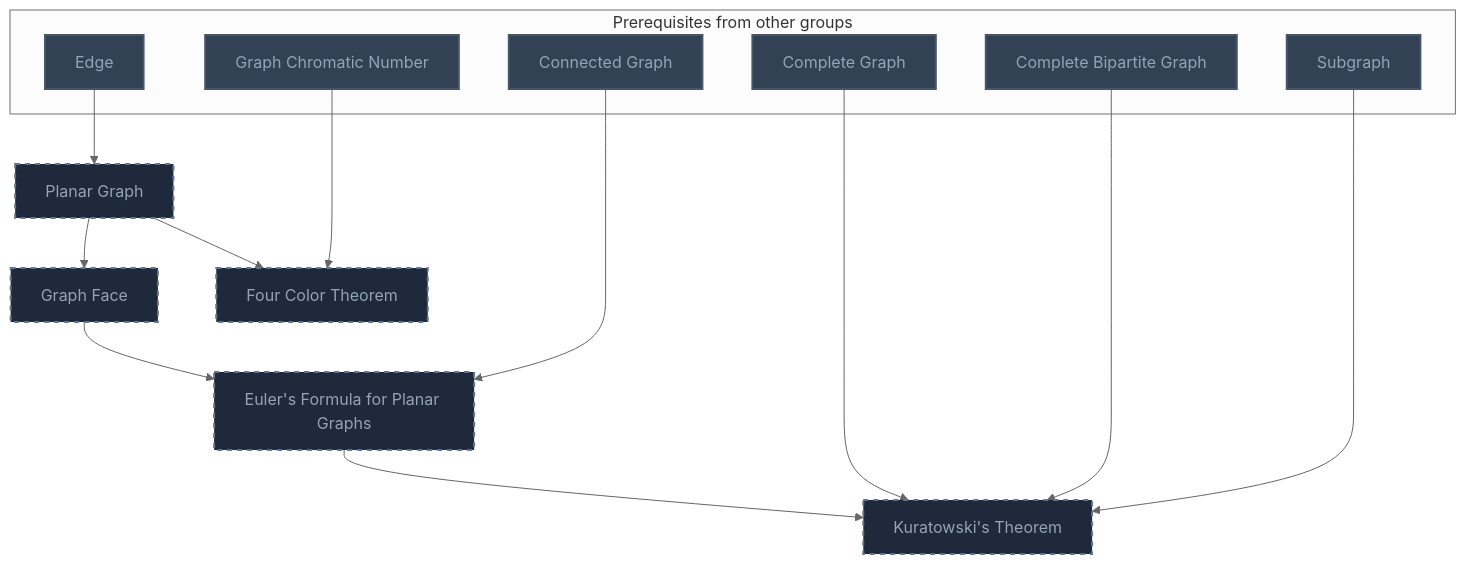
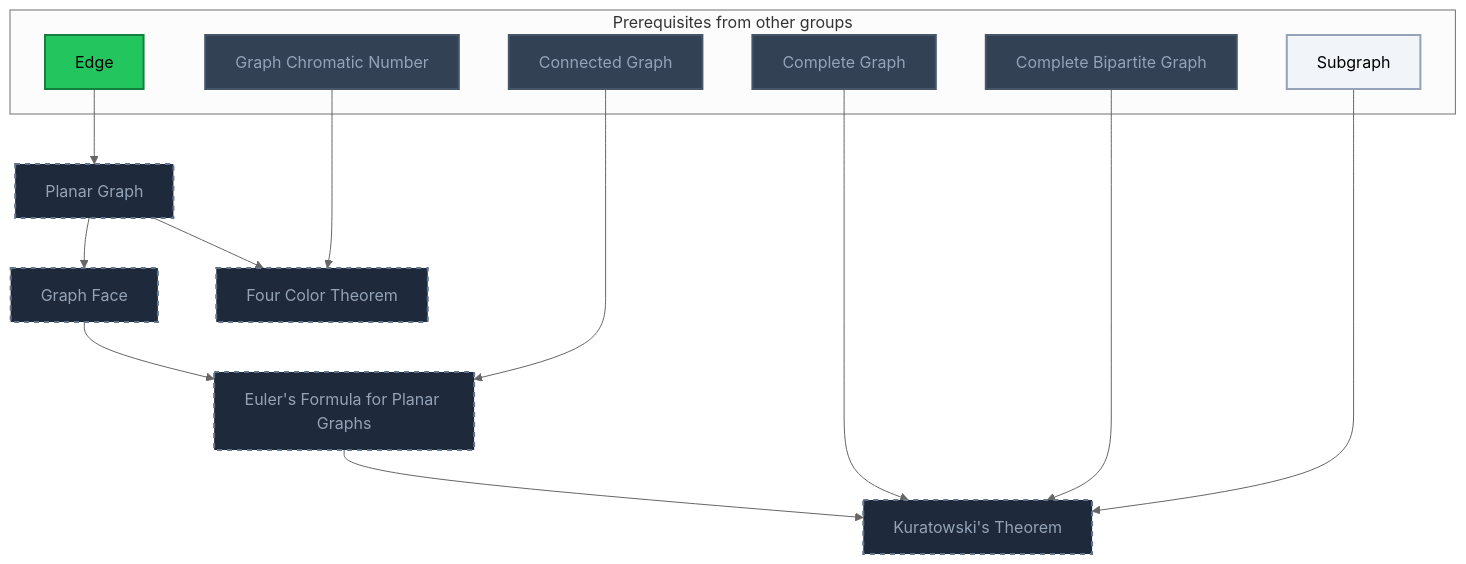
The ninth of 10 diagrams in Gamification/Skill Trees/Theoretical Computer Science.md (MRauf1/My-Notes), drawn with Mermaid (neutral theme) before and after one commit. The commit also changed other lines of this file and 145 other files, not shown here.

````diff
--- a/Gamification/Skill Trees/Theoretical Computer Science.md
+++ b/Gamification/Skill Trees/Theoretical Computer Science.md
@@ -400,38 +403,40 @@
 ```mermaid
 flowchart TD
     classDef planned fill:#1E293B,stroke:#64748B,stroke-width:2px,stroke-dasharray:5 5,color:#94A3B8;
     classDef locked fill:#334155,stroke:#475569,stroke-width:2px,color:#94A3B8;
     classDef L0 fill:#F1F5F9,stroke:#94A3B8,stroke-width:2px,color:#000000;
     classDef L1 fill:#22C55E,stroke:#15803D,stroke-width:2px,color:#000000;
     classDef L2 fill:#3B82F6,stroke:#1D4ED8,stroke-width:3px,color:#FFFFFF;
     classDef L3 fill:#A855F7,stroke:#6B21A8,stroke-width:3px,color:#FFFFFF,font-weight:bold;
     classDef L4 fill:#F97316,stroke:#C2410C,stroke-width:4px,color:#000000,font-weight:bold;
     classDef L5 fill:#FFD700,stroke:#FF8C00,stroke-width:5px,color:#000000,font-weight:bold;
     classDef rusty stroke:#8B4513,stroke-width:4px,stroke-dasharray:3 3;
     subgraph sg_prereqs["Prerequisites from other groups"]
         n_edge["Edge"]
         n_connected_graph["Connected Graph"]
         n_complete_graph["Complete Graph"]
         n_complete_bipartite_graph["Complete Bipartite Graph"]
         n_subgraph["Subgraph"]
         n_graph_chromatic_number["Graph Chromatic Number"]
     end
     n_planar_graph["Planar Graph"]
     n_graph_face["Graph Face"]
     n_euler_s_formula_for_planar_graphs["Euler's Formula for Planar Graphs"]
     n_kuratowski_s_theorem["Kuratowski's Theorem"]
     n_four_color_theorem["Four Color Theorem"]
     n_edge --> n_planar_graph
     n_planar_graph --> n_graph_face
     n_graph_face --> n_euler_s_formula_for_planar_graphs
     n_connected_graph --> n_euler_s_formula_for_planar_graphs
     n_euler_s_formula_for_planar_graphs --> n_kuratowski_s_theorem
     n_complete_graph --> n_kuratowski_s_theorem
     n_complete_bipartite_graph --> n_kuratowski_s_theorem
     n_subgraph --> n_kuratowski_s_theorem
     n_planar_graph --> n_four_color_theorem
     n_graph_chromatic_number --> n_four_color_theorem
     class n_planar_graph,n_graph_face,n_euler_s_formula_for_planar_graphs,n_kuratowski_s_theorem,n_four_color_theorem planned;
-    class n_edge,n_connected_graph,n_complete_graph,n_complete_bipartite_graph,n_subgraph,n_graph_chromatic_number locked;
+    class n_connected_graph,n_complete_graph,n_complete_bipartite_graph,n_graph_chromatic_number locked;
+    class n_subgraph L0;
+    class n_edge L1;
     class n_edge,n_connected_graph,n_complete_graph,n_complete_bipartite_graph,n_subgraph,n_graph_chromatic_number internal-link;
 ```
````
